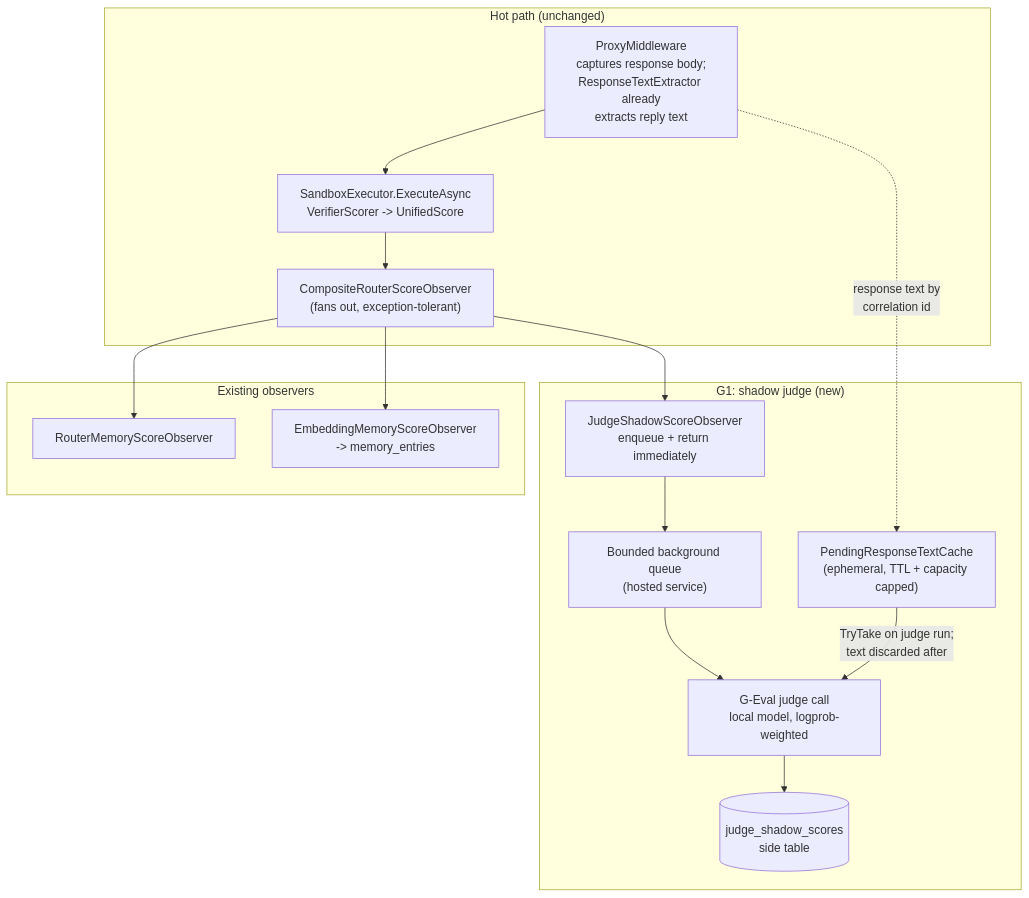
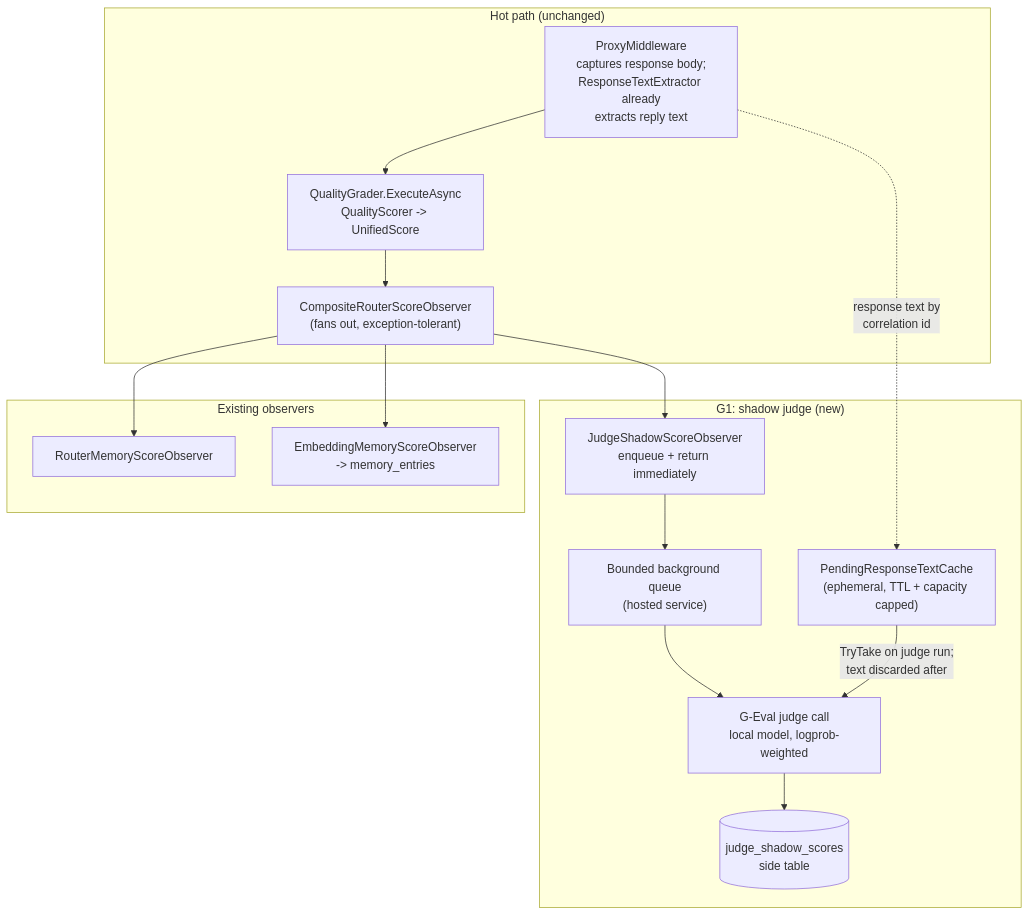
Before and after one commit to davidpizon/TotallyHot-ArcRouter: the diagram in docs/router/geval-shadow-scoring-plan.md, drawn with Mermaid. The commit also changed other lines of this file and 238 other files, not shown here.

````diff
--- a/docs/router/geval-shadow-scoring-plan.md
+++ b/docs/router/geval-shadow-scoring-plan.md
@@ -70,29 +77,29 @@
 ```mermaid
 flowchart TD
     subgraph HotPath["Hot path (unchanged)"]
         PM["ProxyMiddleware<br/>captures response body;<br/>ResponseTextExtractor already<br/>extracts reply text"]
-        SE["SandboxExecutor.ExecuteAsync<br/>VerifierScorer -> UnifiedScore"]
+        SE["QualityGrader.ExecuteAsync<br/>QualityScorer -> UnifiedScore"]
         CO["CompositeRouterScoreObserver<br/>(fans out, exception-tolerant)"]
         PM --> SE --> CO
     end
 
     subgraph Existing["Existing observers"]
         RMO["RouterMemoryScoreObserver"]
         EMO["EmbeddingMemoryScoreObserver<br/>-> memory_entries"]
     end
 
     subgraph New["G1: shadow judge (new)"]
         PRC["PendingResponseTextCache<br/>(ephemeral, TTL + capacity capped)"]
         JSO["JudgeShadowScoreObserver<br/>enqueue + return immediately"]
         Q["Bounded background queue<br/>(hosted service)"]
         GE["G-Eval judge call<br/>local model, logprob-weighted"]
         JT[("judge_shadow_scores<br/>side table")]
         PM -.->|"response text by<br/>correlation id"| PRC
         JSO --> Q --> GE --> JT
         PRC -->|"TryTake on judge run;<br/>text discarded after"| GE
     end
 
     CO --> RMO
     CO --> EMO
     CO --> JSO
 ```
````
